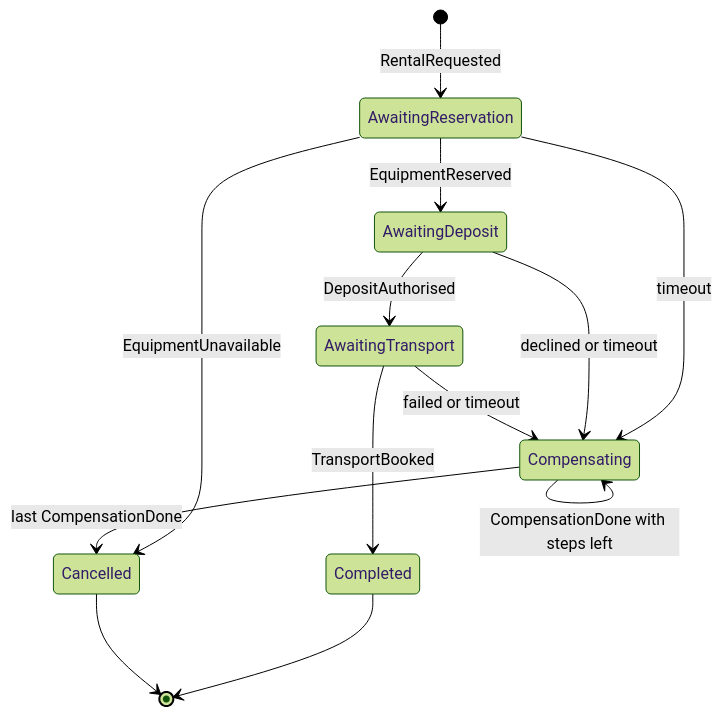
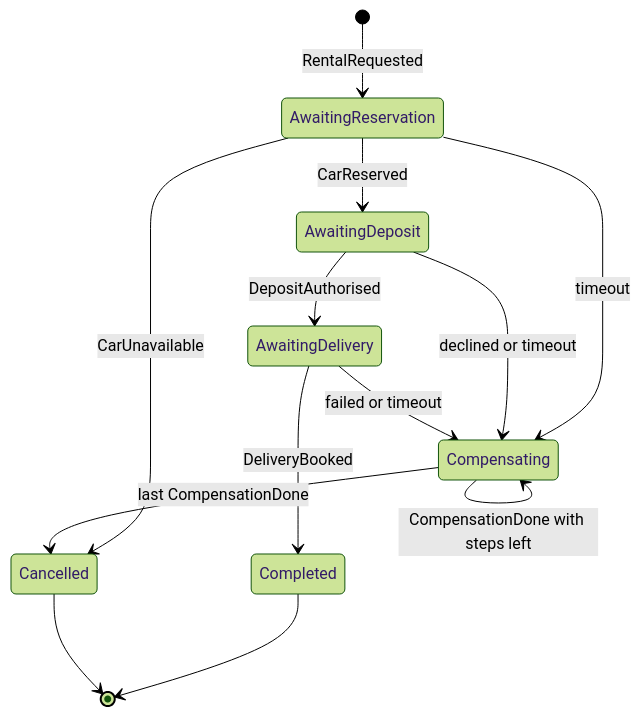
Before and after one commit to rizwi0786/system-design-lab: the fourth of 4 diagrams in content/lessons/m12/m12-sagas.md, drawn with Mermaid (forest theme). The commit also changed other lines of this file and 334 other files, not shown here.

````diff
--- a/content/lessons/m12/m12-sagas.md
+++ b/content/lessons/m12/m12-sagas.md
@@ -274,15 +274,15 @@
 ```mermaid
 stateDiagram-v2
     [*] --> AwaitingReservation: RentalRequested
-    AwaitingReservation --> AwaitingDeposit: EquipmentReserved
-    AwaitingReservation --> Cancelled: EquipmentUnavailable
+    AwaitingReservation --> AwaitingDeposit: CarReserved
+    AwaitingReservation --> Cancelled: CarUnavailable
     AwaitingReservation --> Compensating: timeout
-    AwaitingDeposit --> AwaitingTransport: DepositAuthorised
+    AwaitingDeposit --> AwaitingDelivery: DepositAuthorised
     AwaitingDeposit --> Compensating: declined or timeout
-    AwaitingTransport --> Completed: TransportBooked
-    AwaitingTransport --> Compensating: failed or timeout
+    AwaitingDelivery --> Completed: DeliveryBooked
+    AwaitingDelivery --> Compensating: failed or timeout
     Compensating --> Compensating: CompensationDone with steps left
     Compensating --> Cancelled: last CompensationDone
     Completed --> [*]
     Cancelled --> [*]
 ```
````
